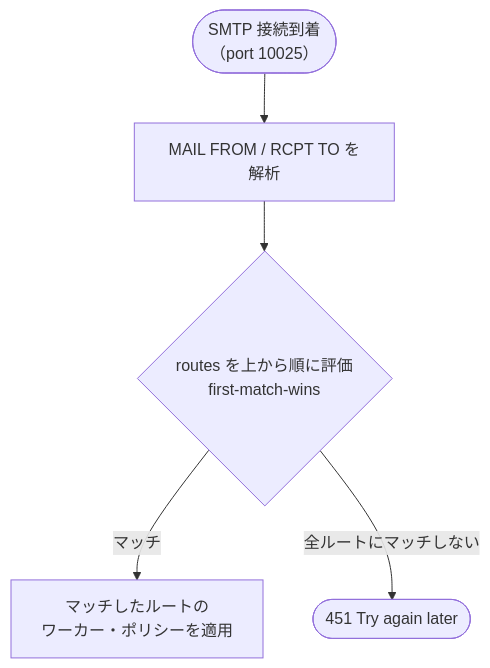
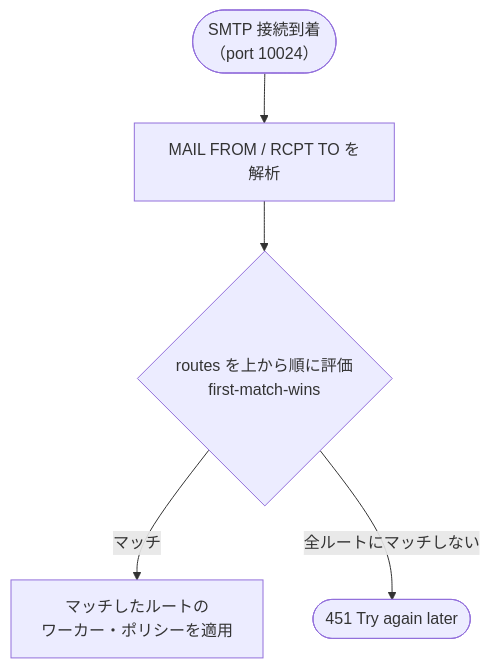
The diagram in docs/guide/routes.md (yumekui08/mailshield), drawn with Mermaid before and after one commit. The commit also changed 22 other files, not shown here.

````diff
--- a/docs/guide/routes.md
+++ b/docs/guide/routes.md
@@ -10,7 +10,7 @@
 ```mermaid
 flowchart TD
-    A(["SMTP 接続到着\n（port 10025）"]) --> B["MAIL FROM / RCPT TO を解析"]
+    A(["SMTP 接続到着\n（port 10024）"]) --> B["MAIL FROM / RCPT TO を解析"]
     B --> C{"routes を上から順に評価\nfirst-match-wins"}
     C -->|マッチ| D["マッチしたルートの\nワーカー・ポリシーを適用"]
     C -->|全ルートにマッチしない| E(["451 Try again later"])
 ```
````
